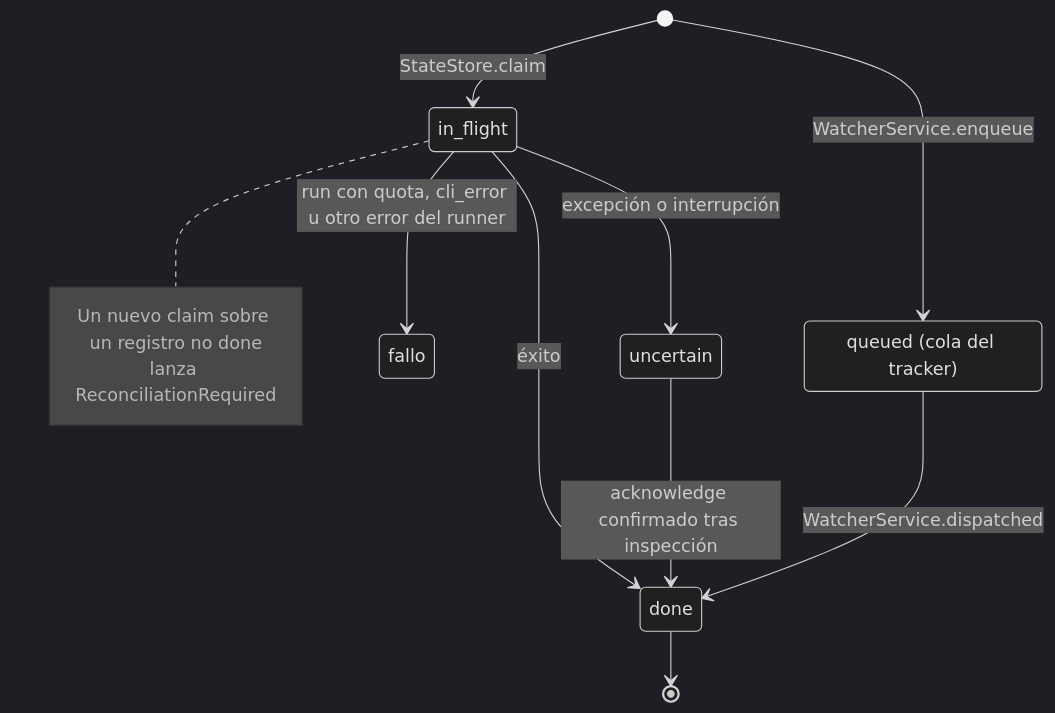
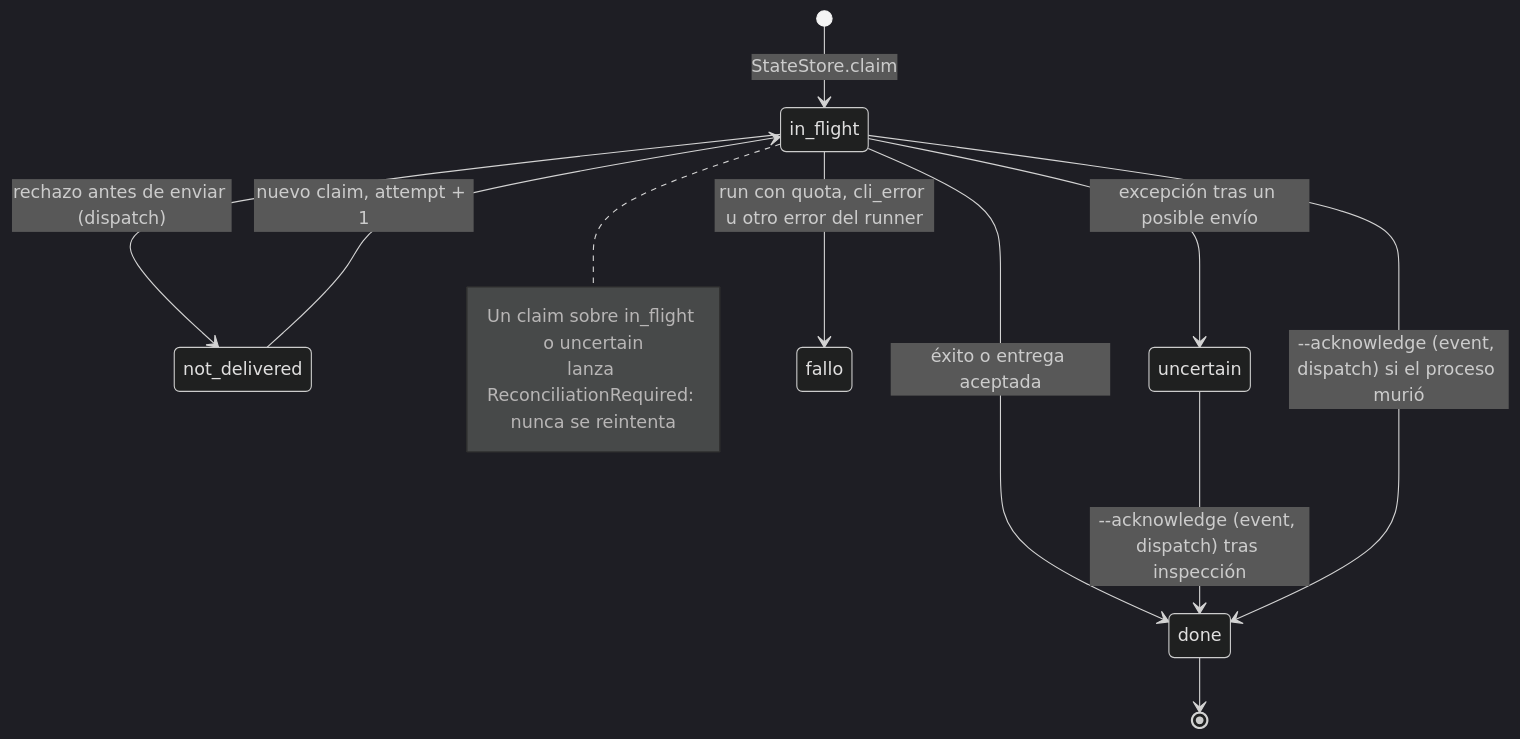
Before and after one commit to pauloravicaceres/template-bmad: the eighth of 21 diagrams in ARCHITECTURE.md, drawn with Mermaid (dark theme). The commit also changed other lines of this file and 39 other files, not shown here.

````diff
--- a/ARCHITECTURE.md
+++ b/ARCHITECTURE.md
@@ -313,16 +344,16 @@
 ```mermaid
 stateDiagram-v2
     [*] --> in_flight: StateStore.claim
-    in_flight --> done: éxito
-    in_flight --> uncertain: excepción o interrupción
+    in_flight --> done: éxito o entrega aceptada
+    in_flight --> not_delivered: rechazo antes de enviar (dispatch)
+    in_flight --> uncertain: excepción tras un posible envío
     in_flight --> fallo: run con quota, cli_error u otro error del runner
-    uncertain --> done: acknowledge confirmado tras inspección
+    not_delivered --> in_flight: nuevo claim, attempt + 1
+    uncertain --> done: --acknowledge (event, dispatch) tras inspección
+    in_flight --> done: --acknowledge (event, dispatch) si el proceso murió
     done --> [*]
     note right of in_flight
-        Un nuevo claim sobre un registro no done
-        lanza ReconciliationRequired
+        Un claim sobre in_flight o uncertain
+        lanza ReconciliationRequired: nunca se reintenta
     end note
-    state "queued (cola del tracker)" as queued
-    [*] --> queued: WatcherService.enqueue
-    queued --> done: WatcherService.dispatched
 ```
````
